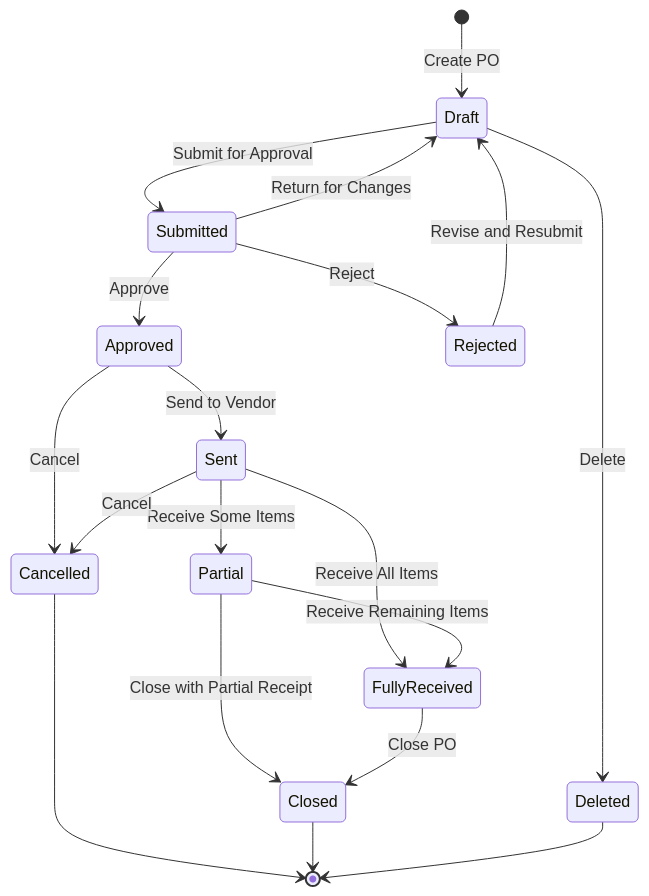
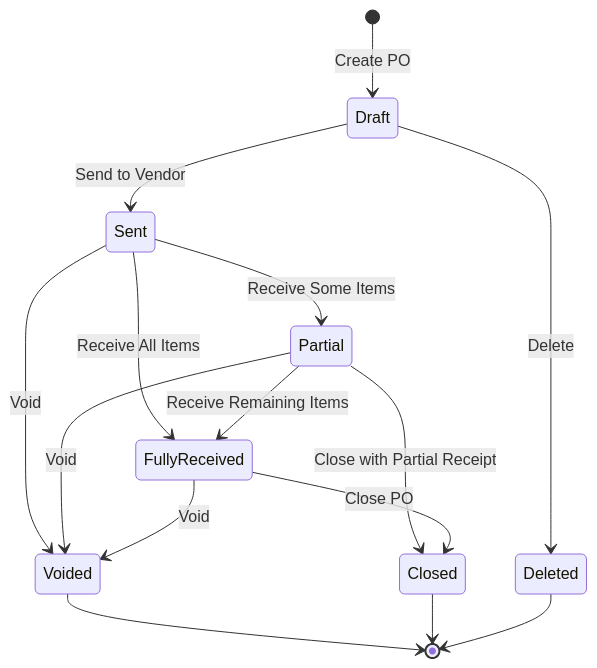
One commit to CarmenSoftware-organization/carmen changed the first of 4 diagrams in docs/po/purchase-order-state-diagram.md. Above: the diagram before and after it, drawn with Mermaid. The commit also changed other lines of this file and 188 other files, not shown here.

````diff
--- a/docs/po/purchase-order-state-diagram.md
+++ b/docs/po/purchase-order-state-diagram.md
@@ -7,29 +7,30 @@
 ```mermaid
 stateDiagram-v2
     [*] --> Draft: Create PO
     
-    Draft --> Submitted: Submit for Approval
+    Draft --> Sent: Send to Vendor
     Draft --> Deleted: Delete
-    
-    Submitted --> Approved: Approve
-    Submitted --> Rejected: Reject
-    Submitted --> Draft: Return for Changes
-    
-    Rejected --> Draft: Revise and Resubmit
-    
-    Approved --> Sent: Send to Vendor
-    Approved --> Cancelled: Cancel
     
     Sent --> Partial: Receive Some Items
     Sent --> FullyReceived: Receive All Items
-    Sent --> Cancelled: Cancel
+    Sent --> Voided: Void
     
     Partial --> FullyReceived: Receive Remaining Items
     Partial --> Closed: Close with Partial Receipt
+    Partial --> Voided: Void
     
     FullyReceived --> Closed: Close PO
+    FullyReceived --> Voided: Void
     
-    Cancelled --> [*]
+    Voided --> [*]
     Closed --> [*]
     Deleted --> [*]
+    
+    classDef draftState fill:#e6f7ff,stroke:#1890ff;
+    classDef activeState fill:#f6ffed,stroke:#52c41a;
+    classDef terminalState fill:#fff2e8,stroke:#fa8c16;
+    
+    class Draft draftState;
+    class Sent,Partial,FullyReceived activeState;
+    class Voided,Closed,Deleted terminalState;
 ```
````
